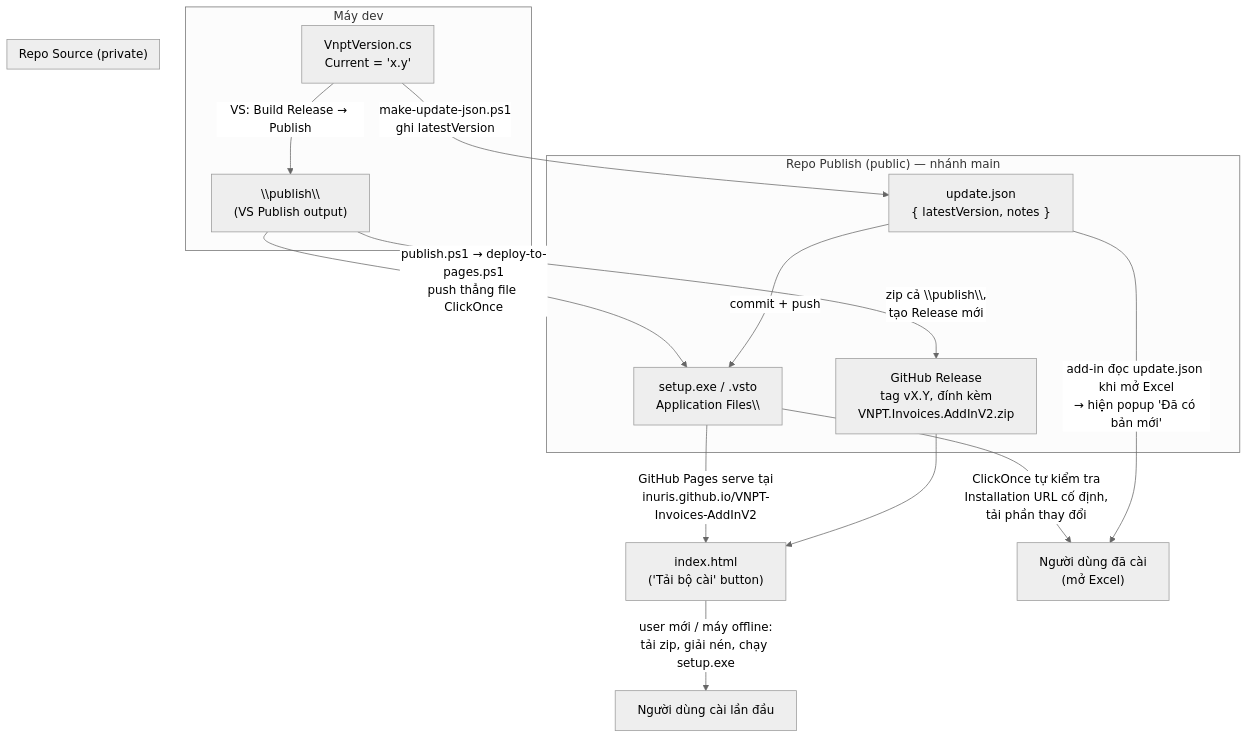
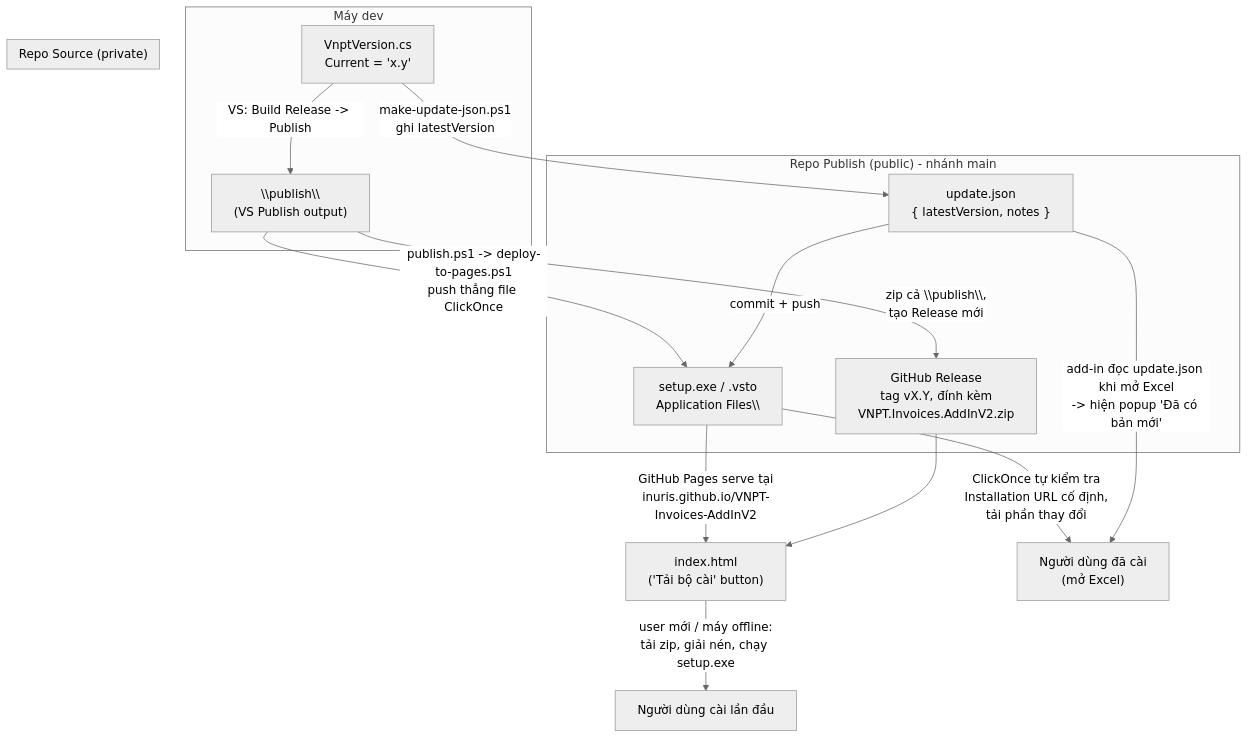
One commit to inuris/VNPT-Invoices-AddInV2 changed the diagram in DEPLOY-FLOW.md. Above: the diagram before and after it, drawn with Mermaid (neutral theme). The commit also changed other lines of this file and 8 other files, not shown here.

````diff
--- a/DEPLOY-FLOW.md
+++ b/DEPLOY-FLOW.md
@@ -7,31 +7,31 @@
 ```mermaid
 flowchart TD
     subgraph DEV["Máy dev"]
         V["VnptVersion.cs\nCurrent = 'x.y'"]
         PUB["\\publish\\\n(VS Publish output)"]
-        V -- "VS: Build Release → Publish" --> PUB
+        V -- "VS: Build Release -> Publish" --> PUB
     end
 
     subgraph SRC["Repo Source (private)"]
         V
     end
 
-    subgraph PAGES_REPO["Repo Publish (public) — nhánh main"]
+    subgraph PAGES_REPO["Repo Publish (public) - nhánh main"]
         BIN["setup.exe / .vsto\nApplication Files\\"]
         REL["GitHub Release\ntag vX.Y, đính kèm\nVNPT.Invoices.AddInV2.zip"]
         JSON["update.json\n{ latestVersion, notes }"]
     end
 
-    PUB -- "publish.ps1 → deploy-to-pages.ps1\npush thẳng file ClickOnce" --> BIN
+    PUB -- "publish.ps1 -> deploy-to-pages.ps1\npush thẳng file ClickOnce" --> BIN
     PUB -- "zip cả \\publish\\,\ntạo Release mới" --> REL
     V -- "make-update-json.ps1\nghi latestVersion" --> JSON
     JSON -- "commit + push" --> BIN
 
     BIN -- "GitHub Pages serve tại\ninuris.github.io/VNPT-Invoices-AddInV2" --> SITE["index.html\n('Tải bộ cài' button)"]
     REL --> SITE
 
     SITE -- "user mới / máy offline:\ntải zip, giải nén, chạy setup.exe" --> NEWUSER["Người dùng cài lần đầu"]
 
     BIN -- "ClickOnce tự kiểm tra\nInstallation URL cố định,\ntải phần thay đổi" --> OLDUSER["Người dùng đã cài\n(mở Excel)"]
-    JSON -- "add-in đọc update.json khi mở Excel\n→ hiện popup 'Đã có bản mới'" --> OLDUSER
+    JSON -- "add-in đọc update.json khi mở Excel\n-> hiện popup 'Đã có bản mới'" --> OLDUSER
 ```
````
